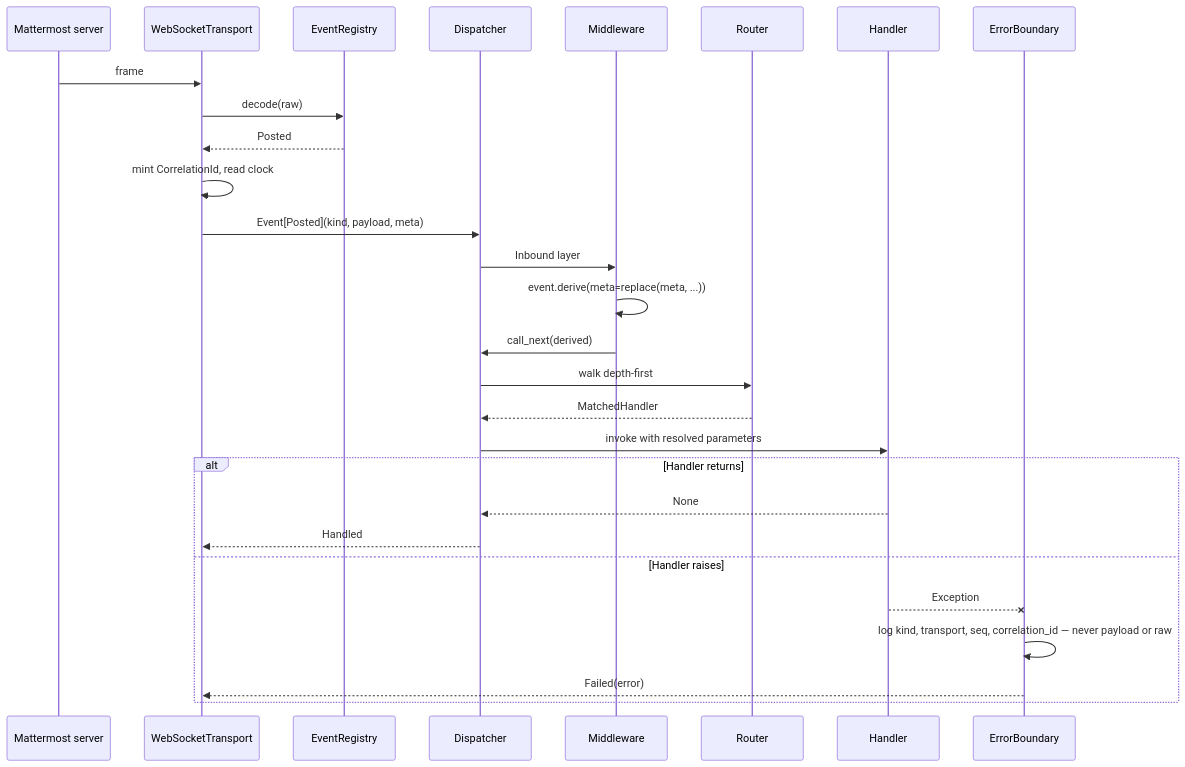
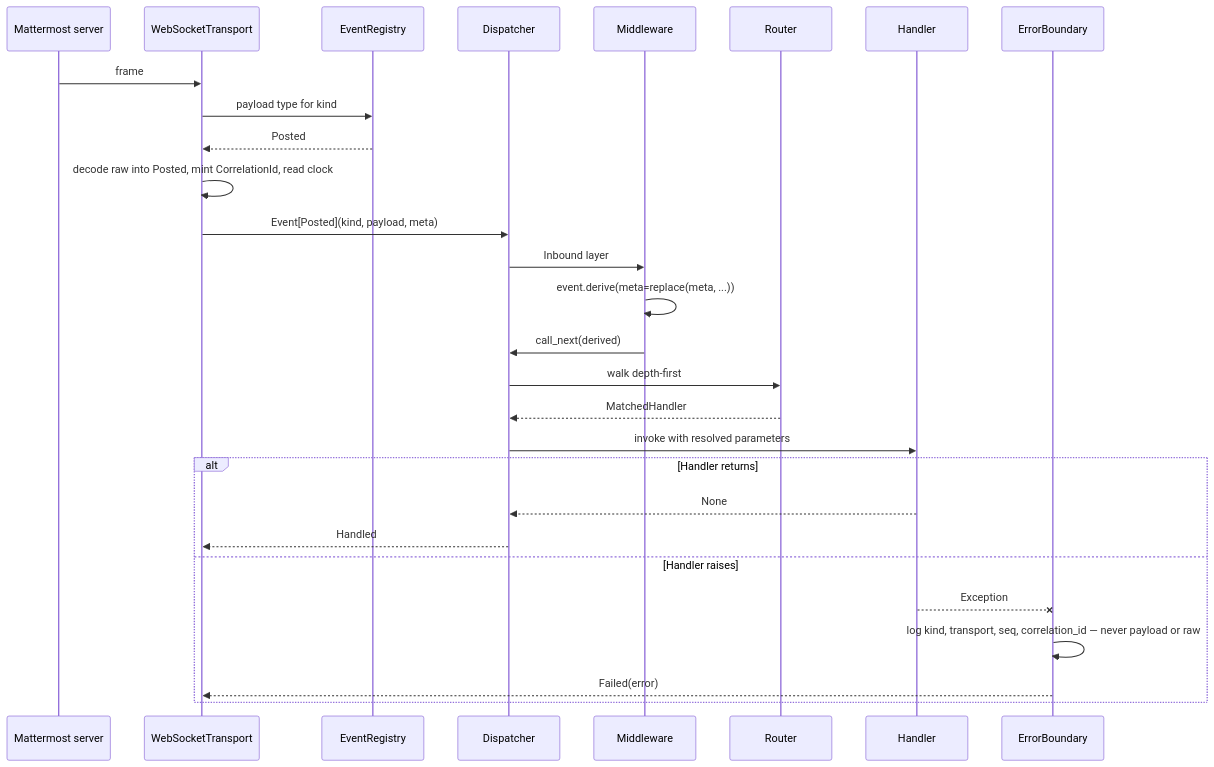
The third of 5 diagrams in docs/design/components/event.md (dmastapkovich/aiommbot), drawn with Mermaid before and after one commit. The commit also changed other lines of this file and 7 other files, not shown here.

````diff
--- a/docs/design/components/event.md
+++ b/docs/design/components/event.md
@@ -181,30 +236,30 @@
 ```mermaid
 sequenceDiagram
     participant MM as Mattermost server
     participant WT as WebSocketTransport
     participant ER as EventRegistry
     participant D as Dispatcher
     participant MW as Middleware
     participant R as Router
     participant H as Handler
     participant EB as ErrorBoundary
     MM->>WT: frame
-    WT->>ER: decode(raw)
+    WT->>ER: payload type for kind
     ER-->>WT: Posted
-    WT->>WT: mint CorrelationId, read clock
+    WT->>WT: decode raw into Posted, mint CorrelationId, read clock
     WT->>D: Event[Posted](kind, payload, meta)
     D->>MW: Inbound layer
     MW->>MW: event.derive(meta=replace(meta, ...))
     MW->>D: call_next(derived)
     D->>R: walk depth-first
     R-->>D: MatchedHandler
     D->>H: invoke with resolved parameters
     alt Handler returns
         H-->>D: None
         D-->>WT: Handled
     else Handler raises
         H--xEB: Exception
         EB->>EB: log kind, transport, seq, correlation_id — never payload or raw
         EB-->>WT: Failed(error)
     end
 ```
````
